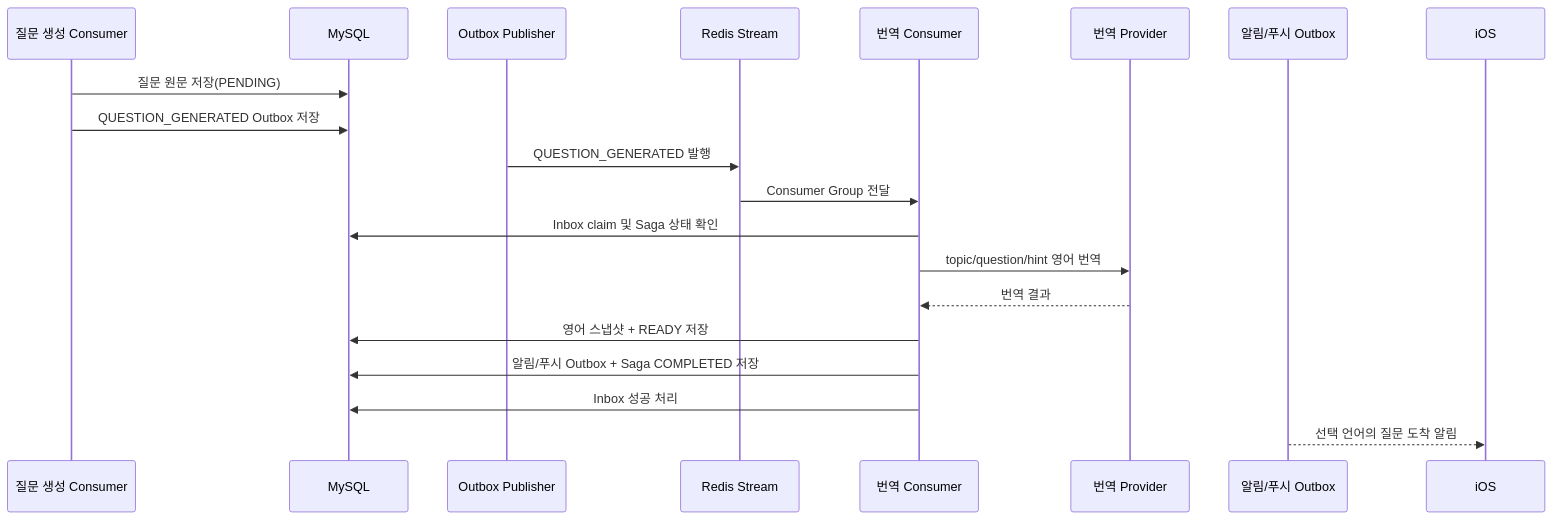
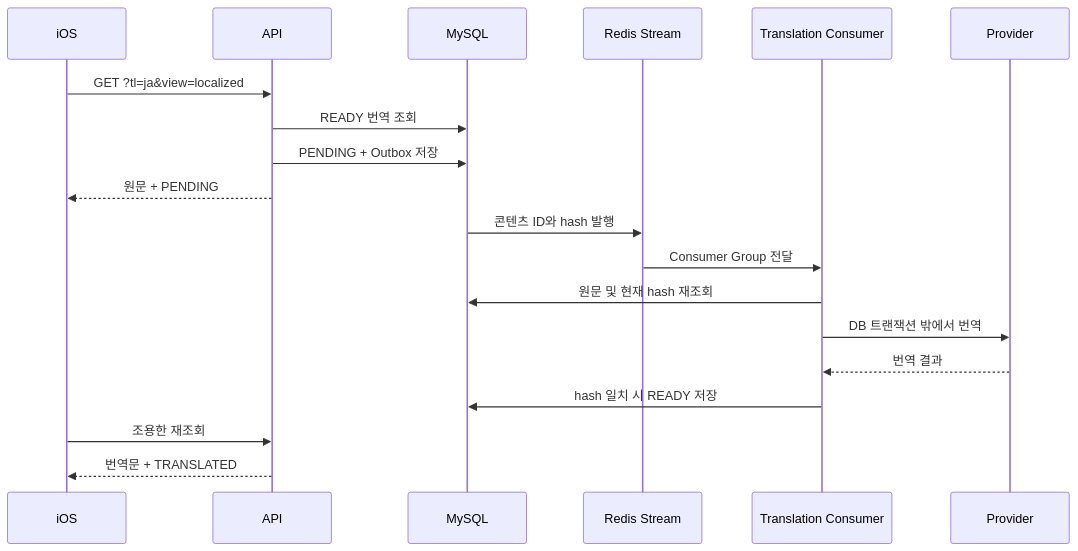
The diagram in docs/QUESTION_LOCALIZATION.md (ghkdqhrbals/buddy-studdy), drawn with Mermaid before and after one commit. The commit also changed other lines of this file and 92 other files, not shown here.

````diff
--- a/docs/QUESTION_LOCALIZATION.md
+++ b/docs/QUESTION_LOCALIZATION.md
@@ -97,23 +101,22 @@
 ```mermaid
 sequenceDiagram
-    participant Generator as 질문 생성 Consumer
+    participant App as iOS
+    participant API
     participant DB as MySQL
-    participant Outbox as Outbox Publisher
     participant Stream as Redis Stream
-    participant Translation as 번역 Consumer
-    participant Provider as 번역 Provider
-    participant Delivery as 알림/푸시 Outbox
-    participant App as iOS
+    participant Worker as Translation Consumer
+    participant Provider
 
-    Generator->>DB: 질문 원문 저장(PENDING)
-    Generator->>DB: QUESTION_GENERATED Outbox 저장
-    Outbox->>Stream: QUESTION_GENERATED 발행
-    Stream->>Translation: Consumer Group 전달
-    Translation->>DB: Inbox claim 및 Saga 상태 확인
-    Translation->>Provider: topic/question/hint 영어 번역
-    Provider-->>Translation: 번역 결과
-    Translation->>DB: 영어 스냅샷 + READY 저장
-    Translation->>DB: 알림/푸시 Outbox + Saga COMPLETED 저장
-    Translation->>DB: Inbox 성공 처리
-    Delivery-->>App: 선택 언어의 질문 도착 알림
+    App->>API: GET ?tl=ja&view=localized
+    API->>DB: READY 번역 조회
+    API->>DB: PENDING + Outbox 저장
+    API-->>App: 원문 + PENDING
+    DB->>Stream: 콘텐츠 ID와 hash 발행
+    Stream->>Worker: Consumer Group 전달
+    Worker->>DB: 원문 및 현재 hash 재조회
+    Worker->>Provider: DB 트랜잭션 밖에서 번역
+    Provider-->>Worker: 번역 결과
+    Worker->>DB: hash 일치 시 READY 저장
+    App->>API: 조용한 재조회
+    API-->>App: 번역문 + TRANSLATED
 ```
````
